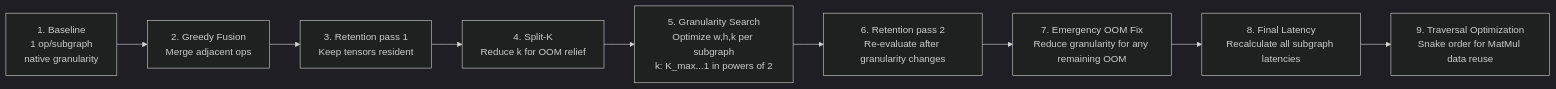
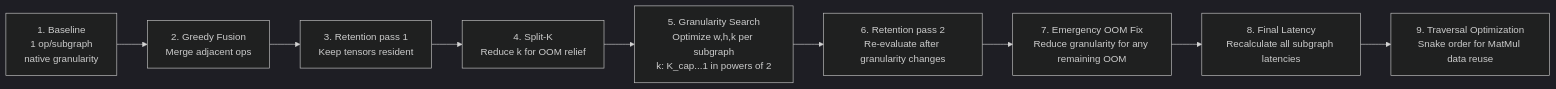
Before and after one commit to melroyanthony/MLSys: the fourth of 4 diagrams in solution/docs/architecture/data-flow.md, drawn with Mermaid (dark theme). The commit also changed other lines of this file and 5 other files, not shown here.

````diff
--- a/solution/docs/architecture/data-flow.md
+++ b/solution/docs/architecture/data-flow.md
@@ -132,14 +132,14 @@
 ```mermaid
 flowchart LR
     S1[1. Baseline<br>1 op/subgraph<br>native granularity]
     S2[2. Greedy Fusion<br>Merge adjacent ops]
     S3[3. Retention pass 1<br>Keep tensors resident]
     S4[4. Split-K<br>Reduce k for OOM relief]
-    S5[5. Granularity Search<br>Optimize w,h,k per subgraph<br>k: K_max...1 in powers of 2]
+    S5[5. Granularity Search<br>Optimize w,h,k per subgraph<br>k: K_cap...1 in powers of 2]
     S6[6. Retention pass 2<br>Re-evaluate after granularity changes]
     S7[7. Emergency OOM Fix<br>Reduce granularity for any remaining OOM]
     S8[8. Final Latency<br>Recalculate all subgraph latencies]
     S9[9. Traversal Optimization<br>Snake order for MatMul data reuse]
 
     S1 --> S2 --> S3 --> S4 --> S5 --> S6 --> S7 --> S8 --> S9
 ```
````
